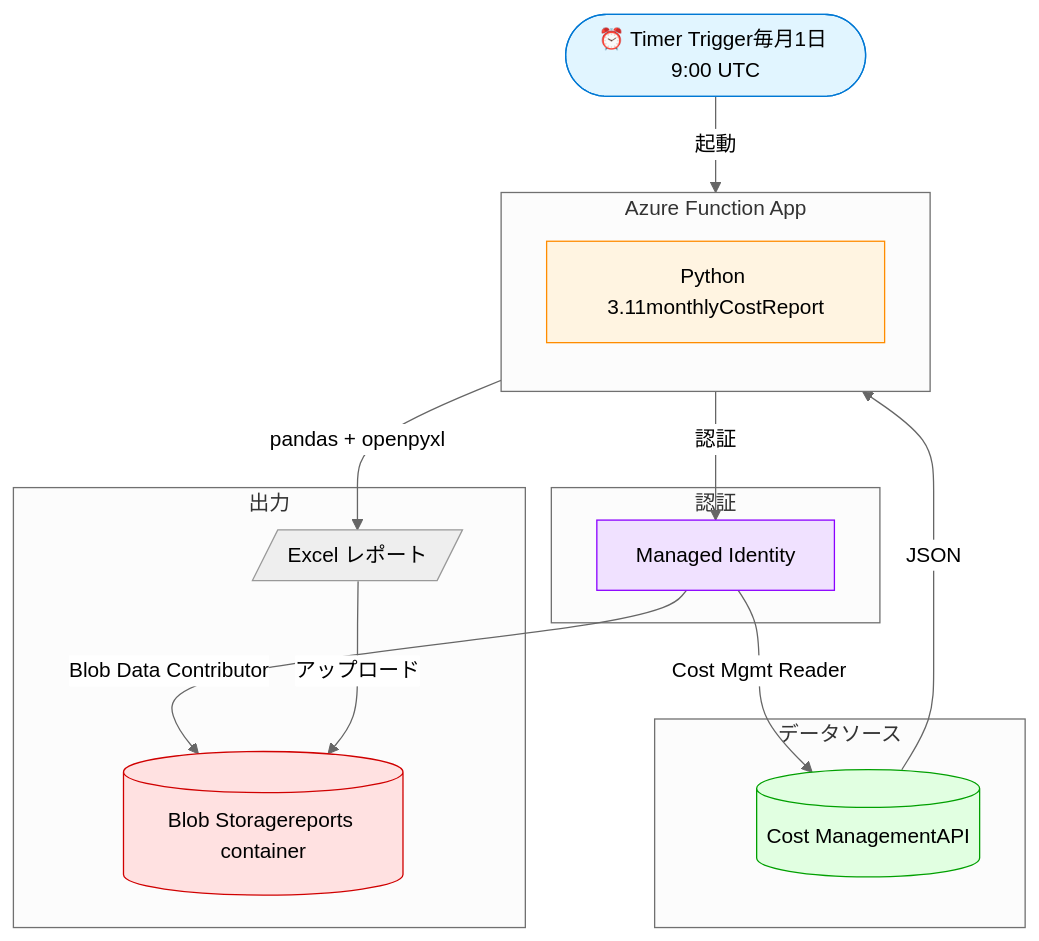
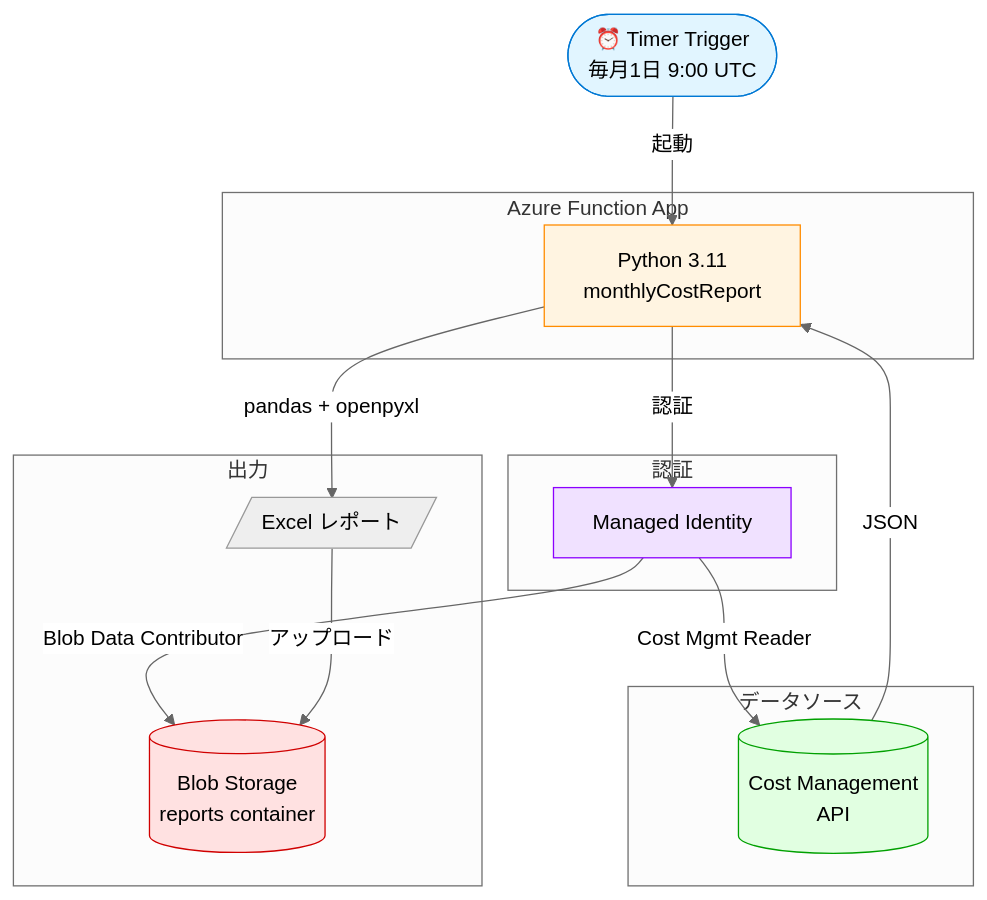
One commit to kanghuan666/azure-cost-report-demo changed the diagram in README.md. Above: the diagram before and after it, drawn with Mermaid (neutral theme). The commit also changed other lines of this file and 3 other files, not shown here.

````diff
--- a/README.md
+++ b/README.md
@@ -7,36 +17,35 @@
 ```mermaid
 flowchart TB
-    Timer([⏰ Timer Trigger毎月1日 9:00 UTC])
+    Timer([⏰ Timer Trigger<br/>毎月1日 9:00 UTC])
     
     subgraph FunctionApp [Azure Function App]
-        direction TB
-        Logic[Python 3.11monthlyCostReport]
+        Logic[Python 3.11<br/>monthlyCostReport]
     end
     
     subgraph Auth [認証]
         MI[Managed Identity]
     end
     
     subgraph DataSrc [データソース]
-        CostAPI[(Cost ManagementAPI)]
+        CostAPI[(Cost Management<br/>API)]
     end
     
     subgraph Output [出力]
         Excel[/Excel レポート/]
-        Blob[(Blob Storagereports container)]
+        Blob[(Blob Storage<br/>reports container)]
     end
     
     Timer -->|起動| Logic
     Logic -->|認証| MI
     MI -->|Cost Mgmt Reader| CostAPI
     MI -->|Blob Data Contributor| Blob
     CostAPI -->|JSON| Logic
     Logic -->|pandas + openpyxl| Excel
     Excel -->|アップロード| Blob
     
     style Timer fill:#e1f5ff,stroke:#0078d4
     style Logic fill:#fff4e1,stroke:#ff8c00
     style MI fill:#f0e1ff,stroke:#8b00ff
     style CostAPI fill:#e1ffe1,stroke:#00a000
     style Blob fill:#ffe1e1,stroke:#d00000
 ```
````
